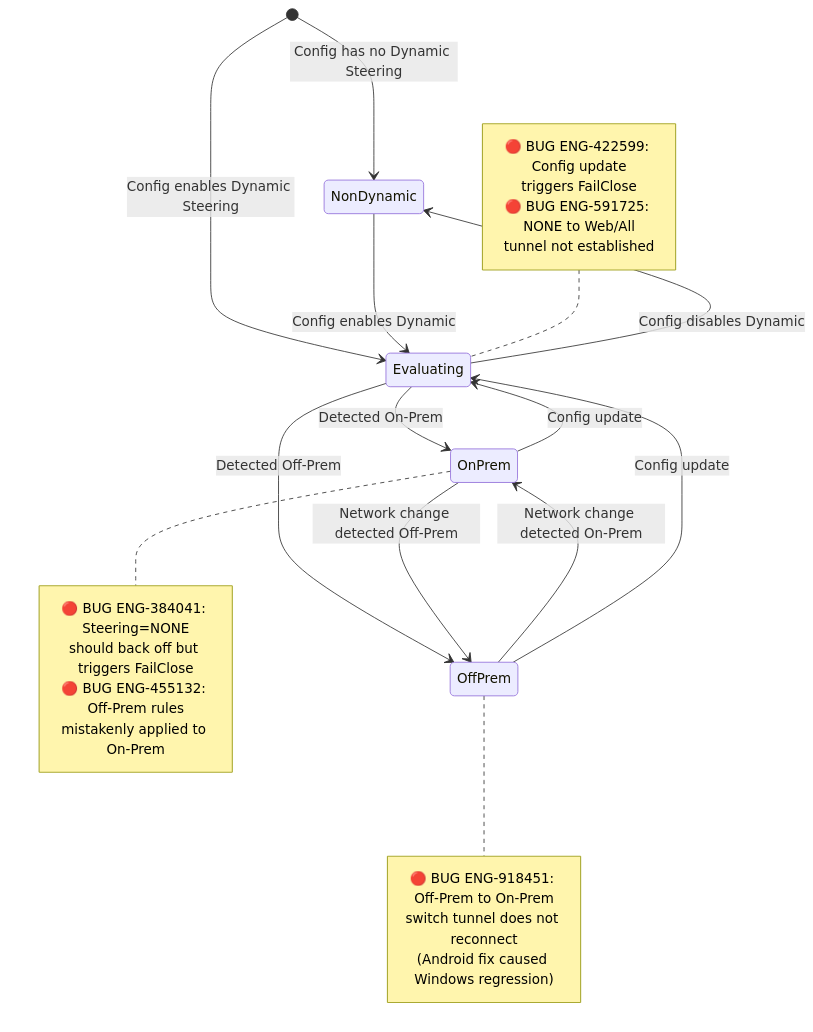
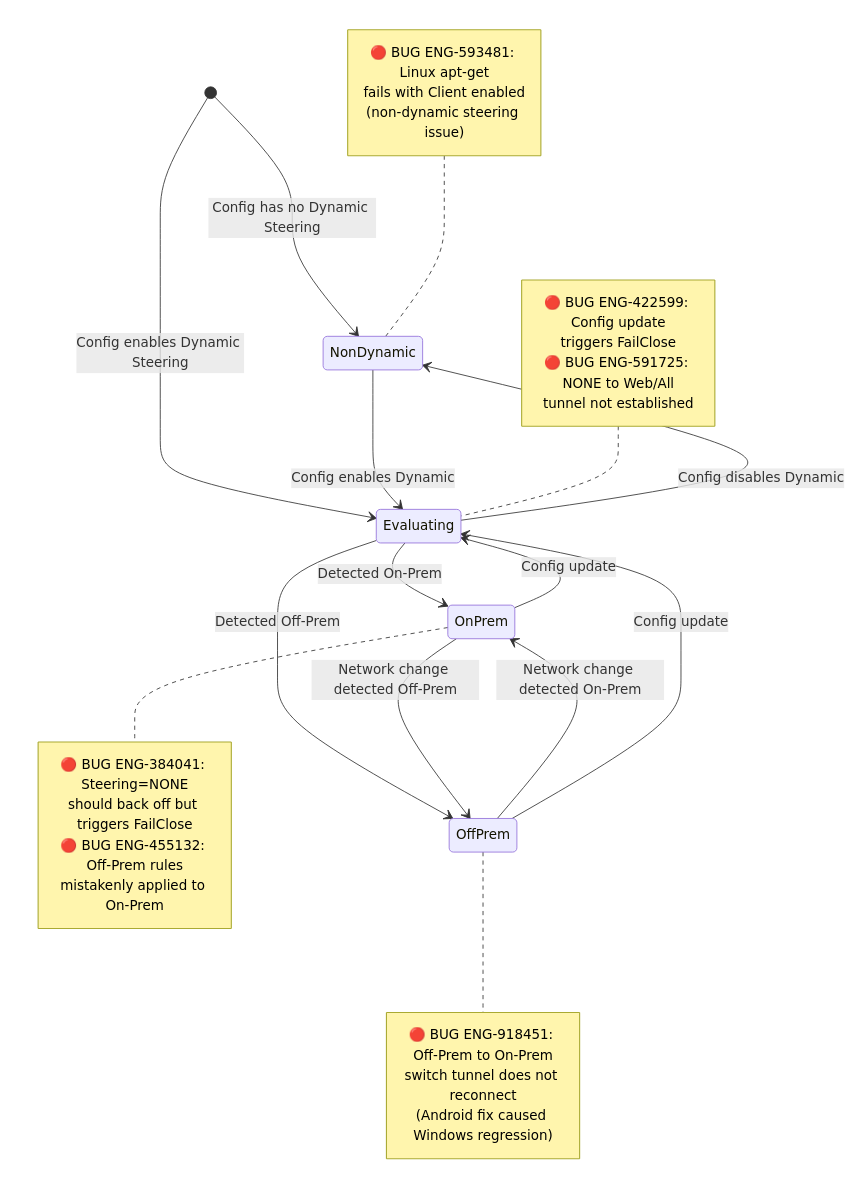
One commit to ns-klin/endpoint_system_test_plan changed the second of 5 diagrams in chapters/05_steering_config.md. Above: the diagram before and after it, drawn with Mermaid. The commit also changed other lines of this file and 26 other files, not shown here.

First line of the commit message:
Add 87 bugs from Excel enrichment and integrate into mermaid diagrams

````diff
--- a/chapters/05_steering_config.md
+++ b/chapters/05_steering_config.md
@@ -114,38 +115,44 @@
 ```mermaid
 stateDiagram-v2
     [*] --> NonDynamic: Config has no Dynamic Steering
 
     [*] --> Evaluating: Config enables Dynamic Steering
 
     Evaluating --> OnPrem: Detected On-Prem
     Evaluating --> OffPrem: Detected Off-Prem
     
     OnPrem --> OffPrem: Network change detected Off-Prem
     OffPrem --> OnPrem: Network change detected On-Prem
     
     OnPrem --> Evaluating: Config update
     OffPrem --> Evaluating: Config update
     
     NonDynamic --> Evaluating: Config enables Dynamic
     Evaluating --> NonDynamic: Config disables Dynamic
 
     note right of OnPrem
         🔴 BUG ENG-384041: Steering=NONE
         should back off but triggers FailClose
         🔴 BUG ENG-455132: Off-Prem rules
         mistakenly applied to On-Prem
     end note
 
     note right of OffPrem
         🔴 BUG ENG-918451: Off-Prem to On-Prem
         switch tunnel does not reconnect
         (Android fix caused Windows regression)
     end note
 
     note left of Evaluating
         🔴 BUG ENG-422599: Config update
         triggers FailClose
         🔴 BUG ENG-591725: NONE to Web/All
         tunnel not established
     end note
+
+    note left of NonDynamic
+        🔴 BUG ENG-593481: Linux apt-get
+        fails with Client enabled
+        (non-dynamic steering issue)
+    end note
 ```
````
